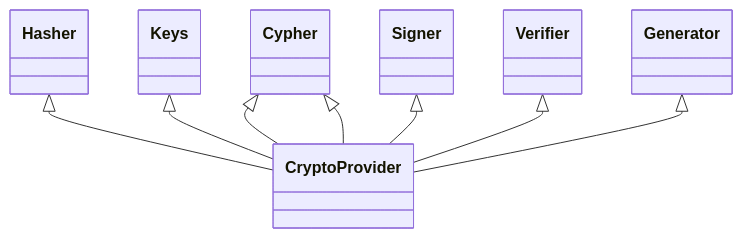
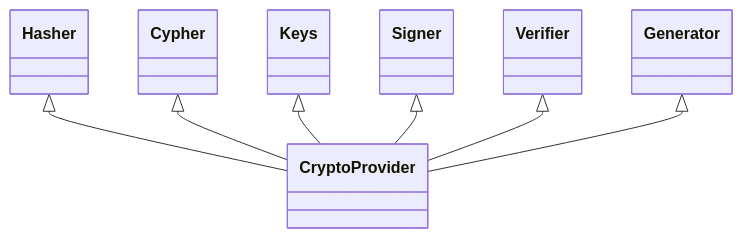
The second of 5 diagrams in crypto/docs/adr.md (Zondax/cosmos-sdk), drawn with Mermaid before and after one commit.

````diff
--- a/crypto/docs/adr.md
+++ b/crypto/docs/adr.md
@@ -149,10 +149,9 @@
 ```mermaid
 classDiagram
 Hasher <|-- CryptoProvider
 Cypher <|-- CryptoProvider
 Keys <|-- CryptoProvider
 Signer <|-- CryptoProvider
 Verifier <|-- CryptoProvider
-Cypher <|-- CryptoProvider
 Generator <|-- CryptoProvider
 ```
````
